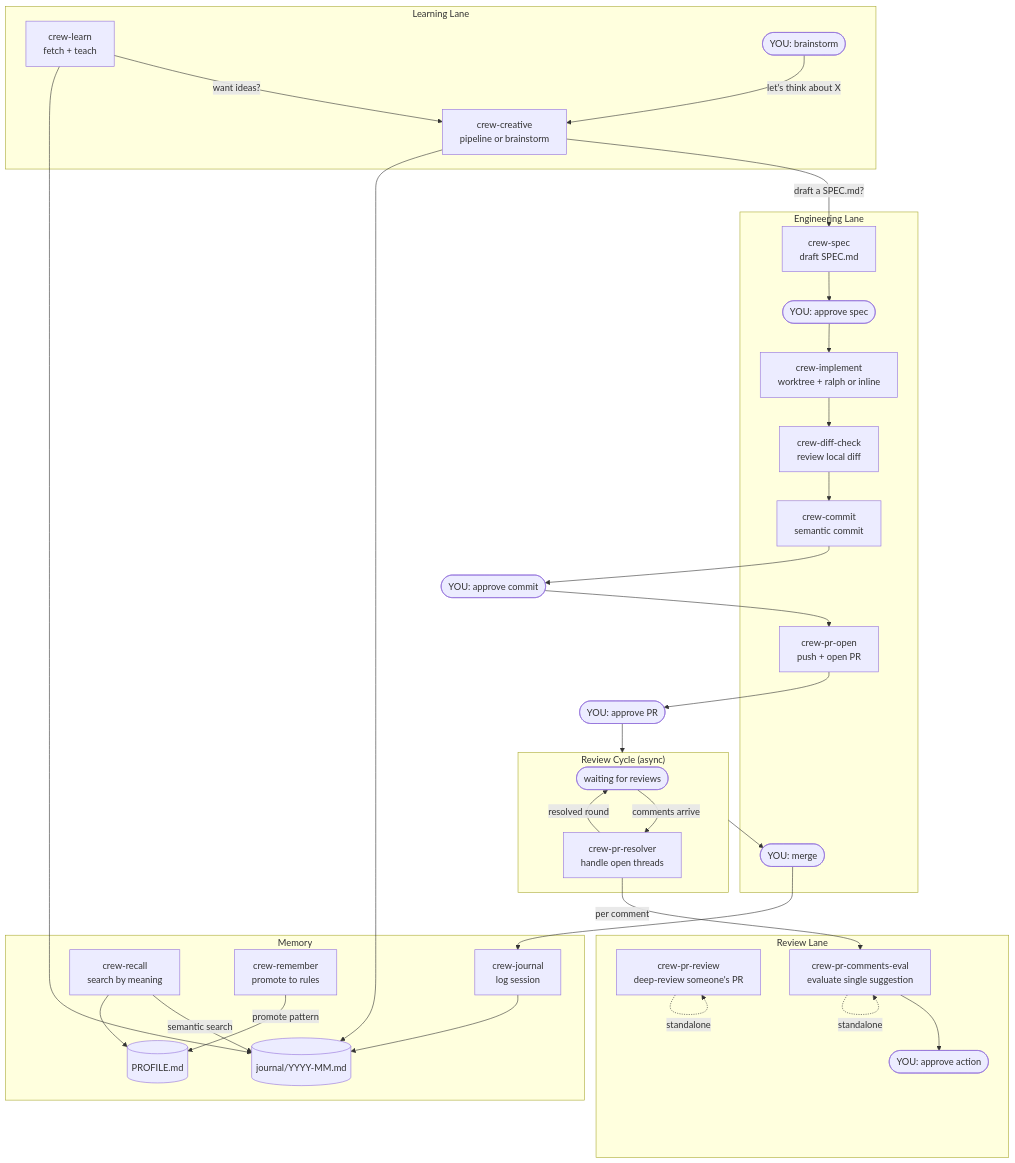
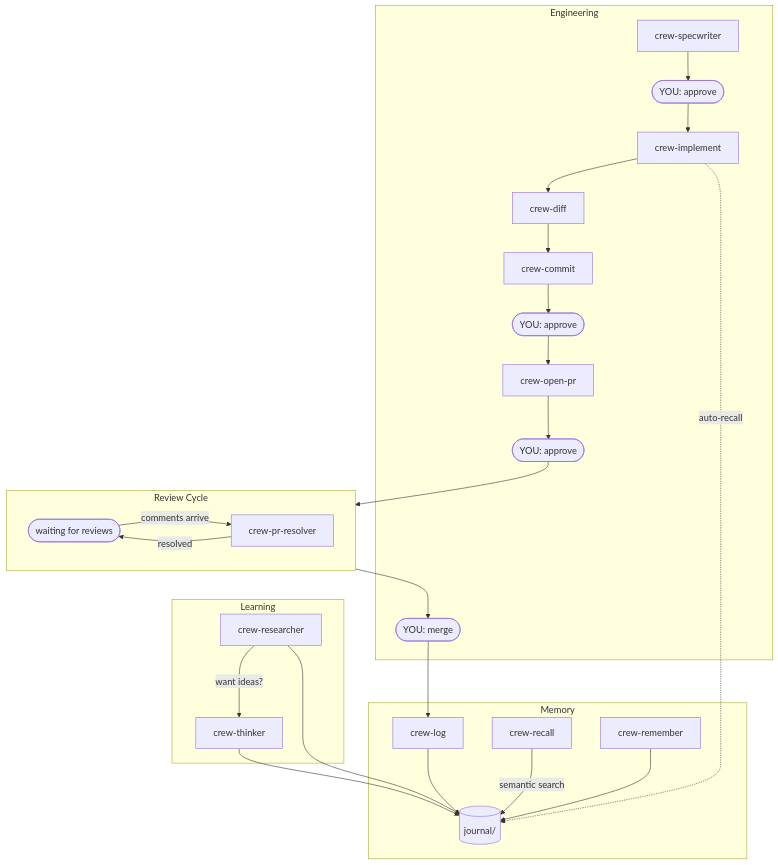
The diagram in README.md (crespocarlos/el-capitan), drawn with Mermaid before and after one commit. The commit also changed other lines of this file and 24 other files, not shown here.

````diff
--- a/README.md
+++ b/README.md
@@ -9,60 +51,46 @@
 ```mermaid
 flowchart TD
-    subgraph learning ["Learning Lane"]
-        learn["crew-learn\nfetch + teach"]
-        creative["crew-creative\npipeline or brainstorm"]
-        learn -->|"want ideas?"| creative
-        you(["YOU: brainstorm"]) -->|"let's think about X"| creative
-    end
-
-    subgraph engineering ["Engineering Lane"]
-        spec["crew-spec\ndraft SPEC.md"]
-        approve(["YOU: approve spec"])
-        implement["crew-implement\nworktree + ralph or inline"]
-        diffcheck["crew-diff-check\nreview local diff"]
-        commit["crew-commit\nsemantic commit"]
-        propen["crew-pr-open\npush + open PR"]
+    subgraph engineering ["Engineering"]
+        spec["crew-specwriter"]
+        approve(["YOU: approve"])
+        implement["crew-implement"]
+        diff["crew-diff"]
+        commit["crew-commit"]
+        approveCommit(["YOU: approve"])
+        openpr["crew-open-pr"]
+        approvePR(["YOU: approve"])
         merge(["YOU: merge"])
     end
 
-    subgraph reviewCycle ["Review Cycle (async)"]
+    subgraph reviewCycle ["Review Cycle"]
         waiting(["waiting for reviews"])
-        resolver["crew-pr-resolver\nhandle open threads"]
+        resolver["crew-pr-resolver"]
         waiting -->|"comments arrive"| resolver
-        resolver -->|"resolved round"| waiting
+        resolver -->|"resolved"| waiting
     end
 
-    subgraph review ["Review Lane"]
-        prreview["crew-pr-review\ndeep-review someone's PR"]
-        eval["crew-pr-comments-eval\nevaluate single suggestion"]
-        approveEval(["YOU: approve action"])
-        eval --> approveEval
+    subgraph learning ["Learning"]
+        researcher["crew-researcher"]
+        thinker["crew-thinker"]
+        researcher -->|"want ideas?"| thinker
     end
 
     subgraph memory ["Memory"]
-        journal["crew-journal\nlog session"]
-        recall["crew-recall\nsearch by meaning"]
-        remember["crew-remember\npromote to rules"]
-        journalFiles[("journal/YYYY-MM.md")]
-        profile[("PROFILE.md")]
+        log["crew-log"]
+        recall["crew-recall"]
+        remember["crew-remember"]
+        journalFiles[("journal/")]
     end
 
-    creative -->|"draft a SPEC.md?"| spec
-    spec --> approve --> implement --> diffcheck --> commit
-    commit --> approveCommit(["YOU: approve commit"])
-    approveCommit --> propen
-    propen --> approvePR(["YOU: approve PR"])
-    approvePR --> reviewCycle --> merge
+    spec --> approve --> implement --> diff --> commit
+    commit --> approveCommit --> openpr
+    openpr --> approvePR --> reviewCycle --> merge
 
-    prreview -.->|"standalone"| prreview
-    eval -.->|"standalone"| eval
-    resolver -->|"per comment"| eval
-
-    merge --> journal
-    journal --> journalFiles
-    learn --> journalFiles
-    creative --> journalFiles
+    merge --> log
+    log --> journalFiles
+    researcher --> journalFiles
+    thinker --> journalFiles
     recall -->|"semantic search"| journalFiles
-    recall --> profile
-    remember -->|"promote pattern"| profile
+    remember --> journalFiles
+    implement -.->|"auto-recall"| journalFiles
 ```
````
